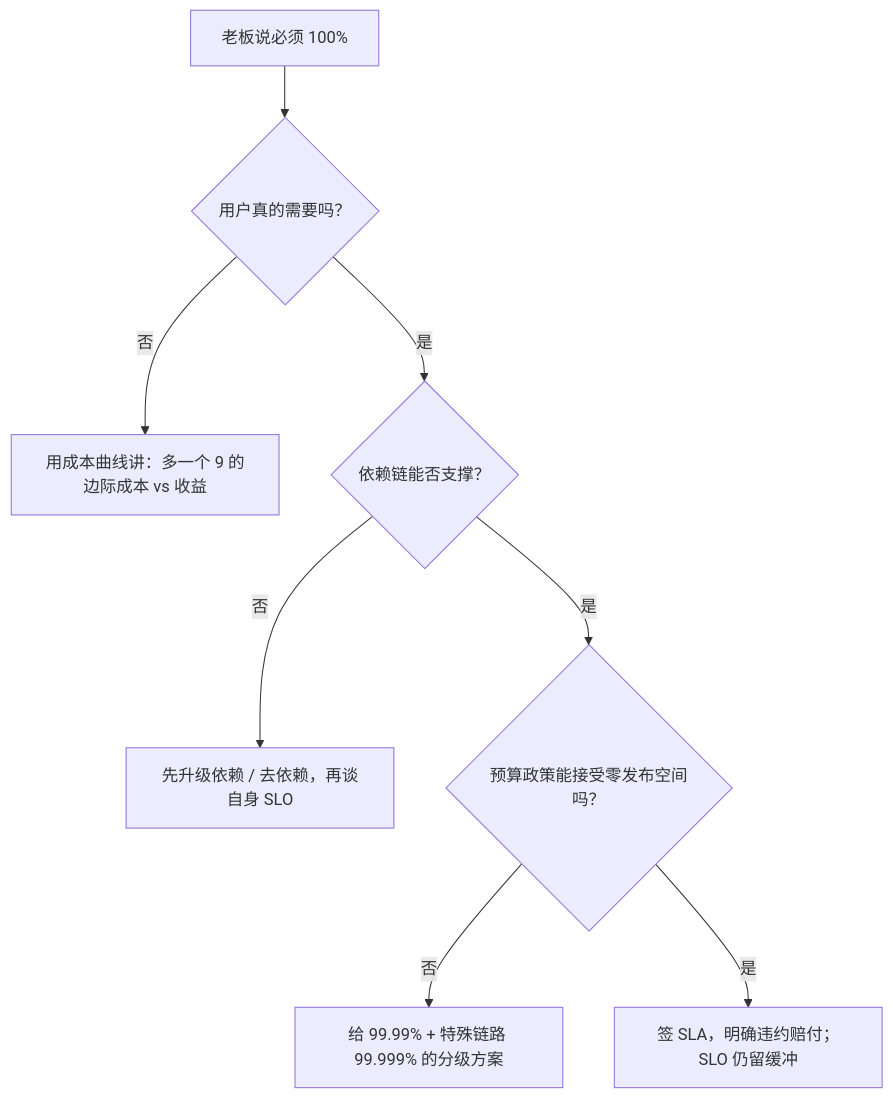
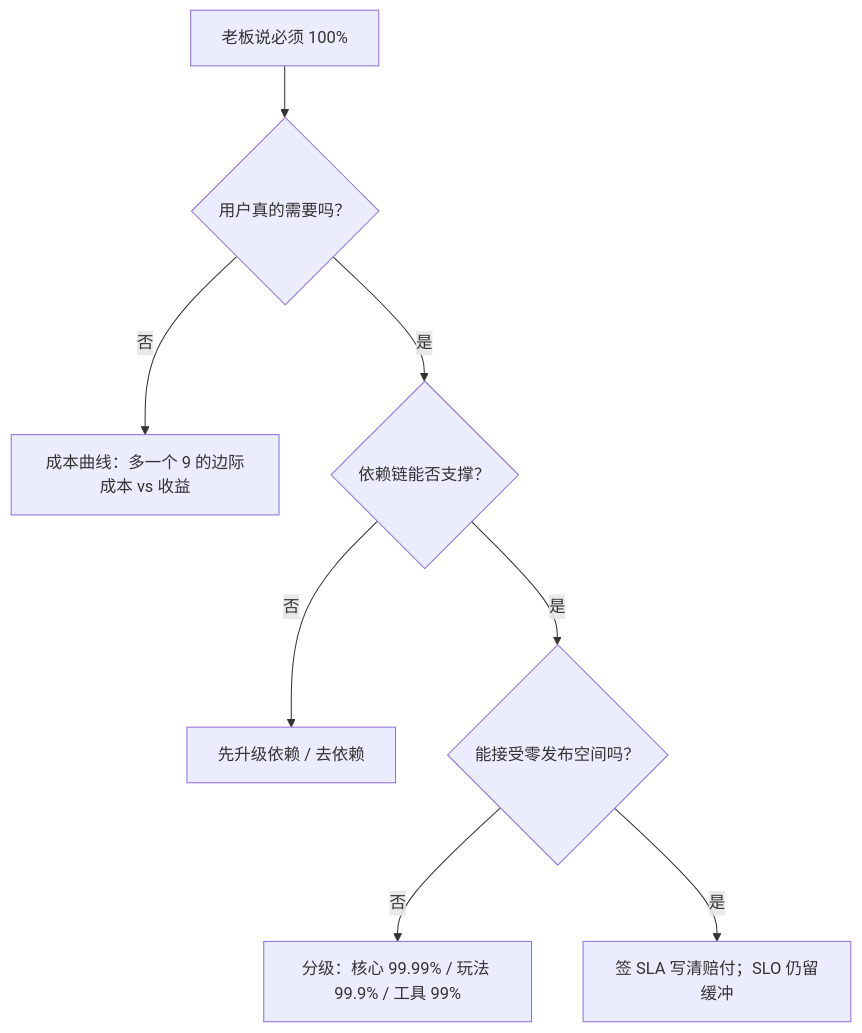
One commit to ml-cuizijun/LearnToLilith changed the fourth of 4 diagrams in 09-可观测性与SRE方法论/06-SLI-SLO与错误预算/知识点.md. Above: the diagram before and after it, drawn with Mermaid. The commit also changed other lines of this file and 178 other files, not shown here.

````diff
--- a/09-可观测性与SRE方法论/06-SLI-SLO与错误预算/知识点.md
+++ b/09-可观测性与SRE方法论/06-SLI-SLO与错误预算/知识点.md
@@ -483,10 +372,10 @@
 ```mermaid
 flowchart TB
     A["老板说必须 100%"] --> B{"用户真的需要吗？"}
-    B -->|否| C["用成本曲线讲：多一个 9 的边际成本 vs 收益"]
+    B -->|否| C["成本曲线：多一个 9 的边际成本 vs 收益"]
     B -->|是| D{"依赖链能否支撑？"}
-    D -->|否| E["先升级依赖 / 去依赖，再谈自身 SLO"]
-    D -->|是| F{"预算政策能接受零发布空间吗？"}
-    F -->|否| G["给 99.99% + 特殊链路 99.999% 的分级方案"]
-    F -->|是| H["签 SLA，明确违约赔付；SLO 仍留缓冲"]
+    D -->|否| E["先升级依赖 / 去依赖"]
+    D -->|是| F{"能接受零发布空间吗？"}
+    F -->|否| G["分级：核心 99.99% / 玩法 99.9% / 工具 99%"]
+    F -->|是| H["签 SLA 写清赔付；SLO 仍留缓冲"]
 ```
````
